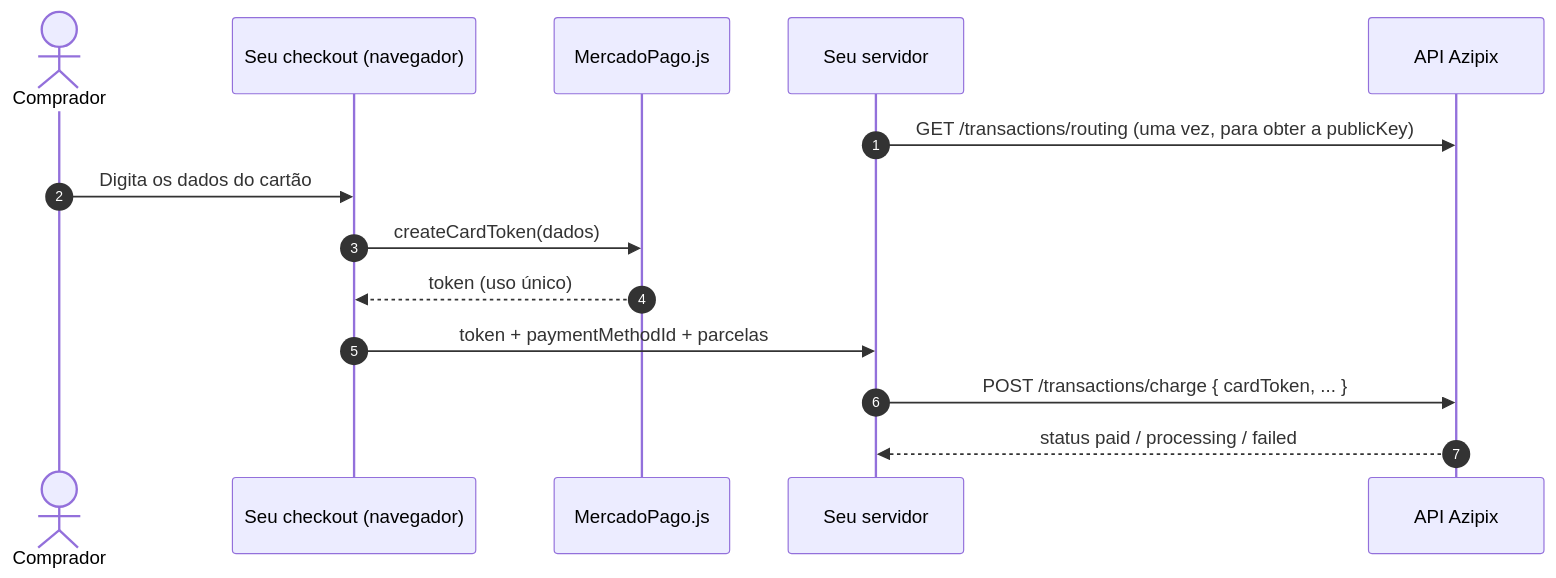
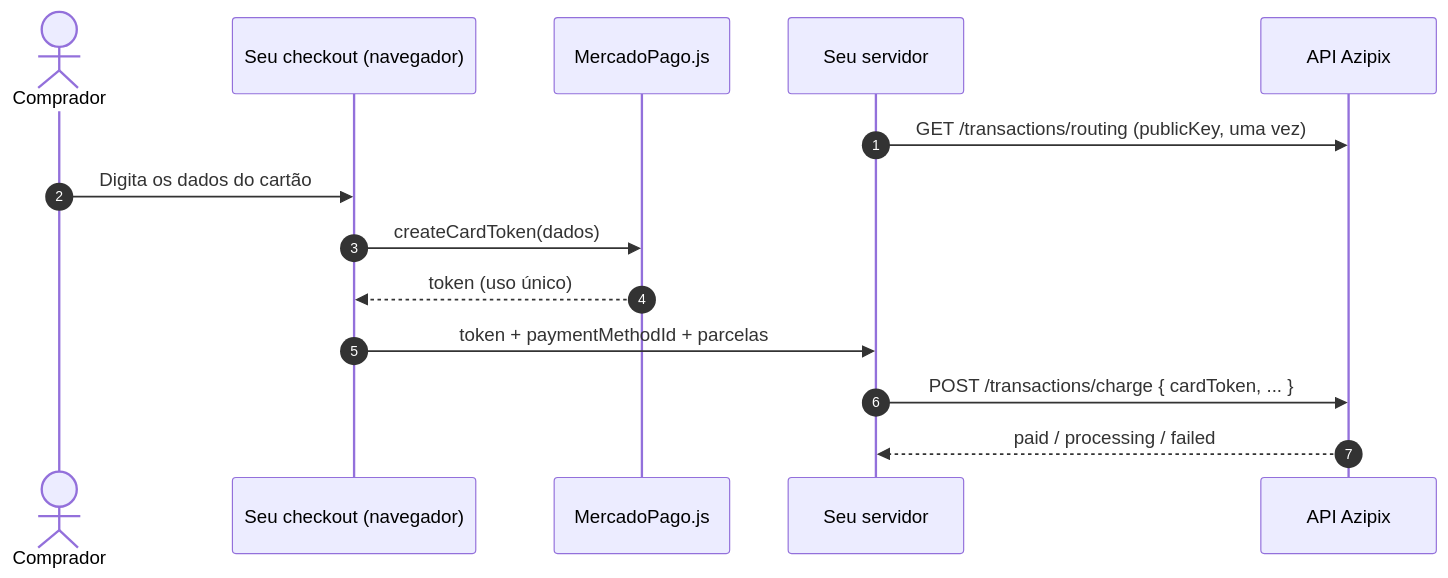
Before and after one commit to KingsmanPHP/azipix-docs: the first of 2 diagrams in api-reference/charges/create-card.mdx, drawn with Mermaid. The commit also changed other lines of this file and 29 other files, not shown here.

````diff
--- a/api-reference/charges/create-card.mdx
+++ b/api-reference/charges/create-card.mdx
@@ -13,17 +37,17 @@
 ```mermaid
 sequenceDiagram
     autonumber
     actor Comprador
     participant Front as Seu checkout (navegador)
     participant MP as MercadoPago.js
     participant Back as Seu servidor
     participant Azipix as API Azipix
 
-    Back->>Azipix: GET /transactions/routing (uma vez, para obter a publicKey)
+    Back->>Azipix: GET /transactions/routing (publicKey, uma vez)
     Comprador->>Front: Digita os dados do cartão
     Front->>MP: createCardToken(dados)
     MP-->>Front: token (uso único)
     Front->>Back: token + paymentMethodId + parcelas
     Back->>Azipix: POST /transactions/charge { cardToken, ... }
-    Azipix-->>Back: status paid / processing / failed
+    Azipix-->>Back: paid / processing / failed
 ```
````
